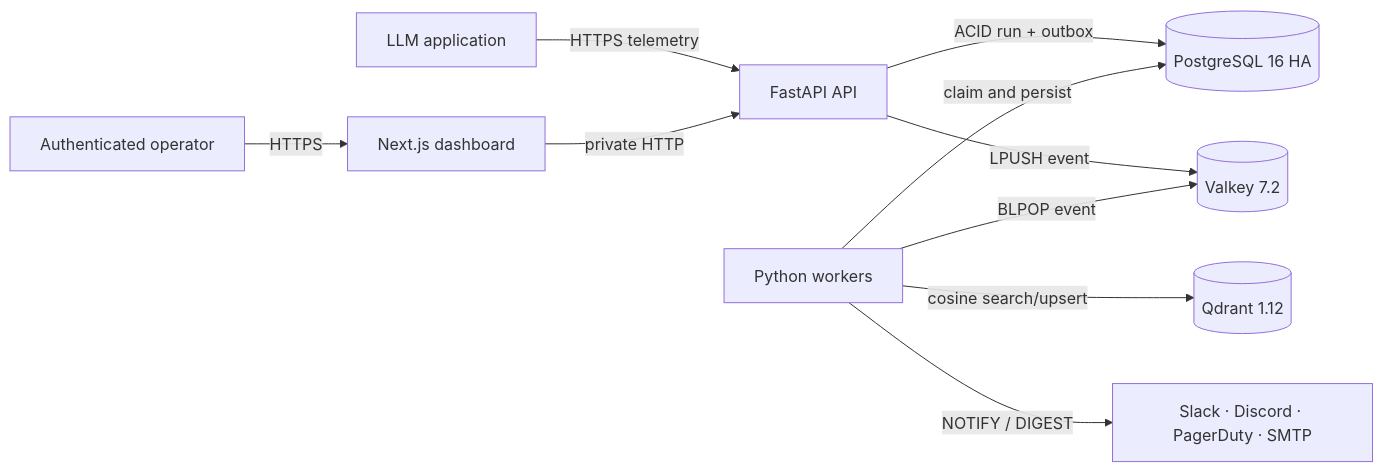
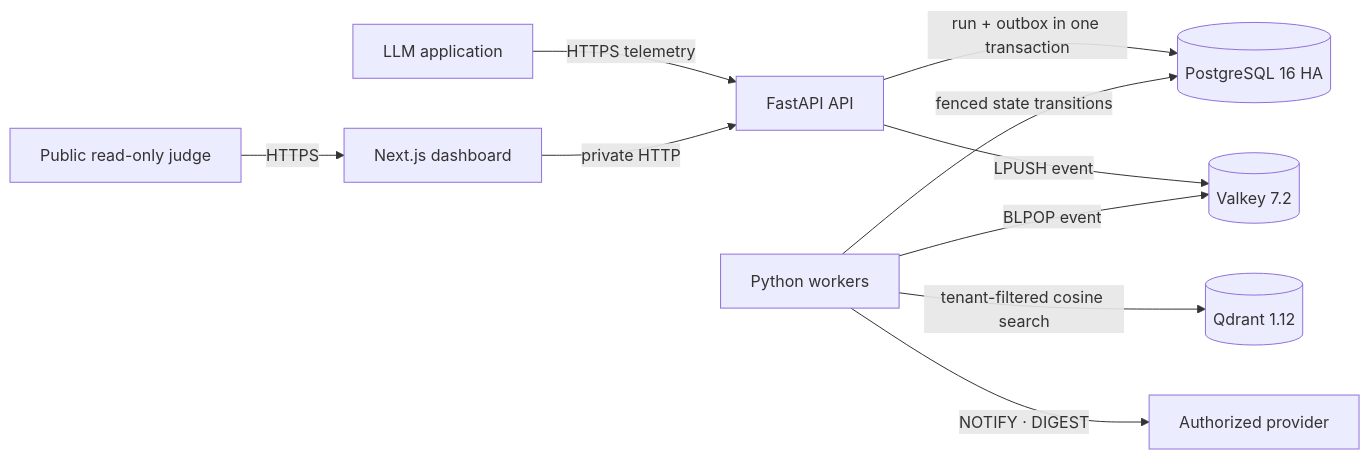
The diagram in README.md (Shoryamishra61/DriftGuard), drawn with Mermaid before and after one commit. The commit also changed other lines of this file and 10 other files, not shown here.

````diff
--- a/README.md
+++ b/README.md
@@ -50,12 +35,12 @@
 ```mermaid
 flowchart LR
     Client[LLM application] -->|HTTPS telemetry| API[FastAPI API]
-    Browser[Authenticated operator] -->|HTTPS| UI[Next.js dashboard]
+    Judge[Public read-only judge] -->|HTTPS| UI[Next.js dashboard]
     UI -->|private HTTP| API
-    API -->|ACID run + outbox| PG[(PostgreSQL 16 HA)]
+    API -->|run + outbox in one transaction| PG[(PostgreSQL 16 HA)]
     API -->|LPUSH event| VK[(Valkey 7.2)]
     WK[Python workers] -->|BLPOP event| VK
-    WK -->|claim and persist| PG
-    WK -->|cosine search/upsert| QD[(Qdrant 1.12)]
-    WK -->|NOTIFY / DIGEST| Provider[Slack · Discord · PagerDuty · SMTP]
+    WK -->|fenced state transitions| PG
+    WK -->|tenant-filtered cosine search| QD[(Qdrant 1.12)]
+    WK -->|NOTIFY · DIGEST| Provider[Authorized provider]
 ```
````
